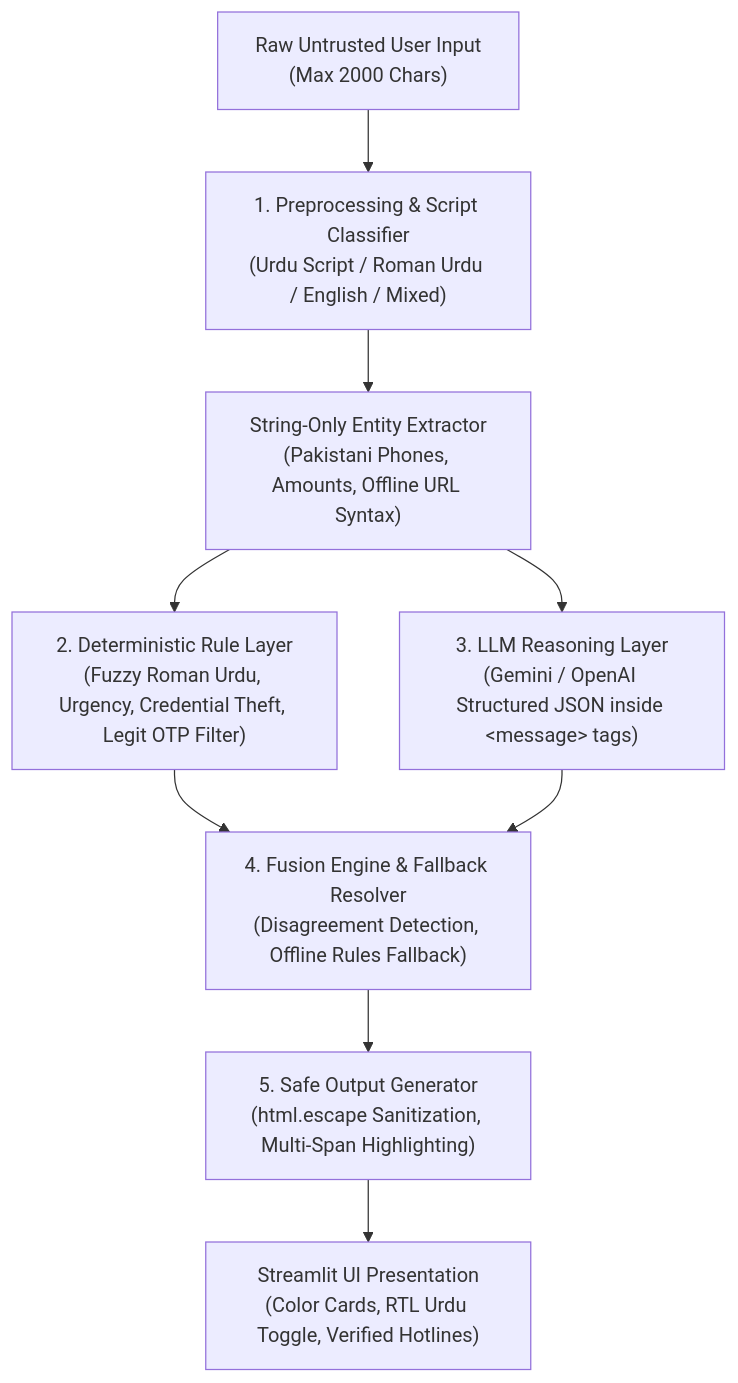
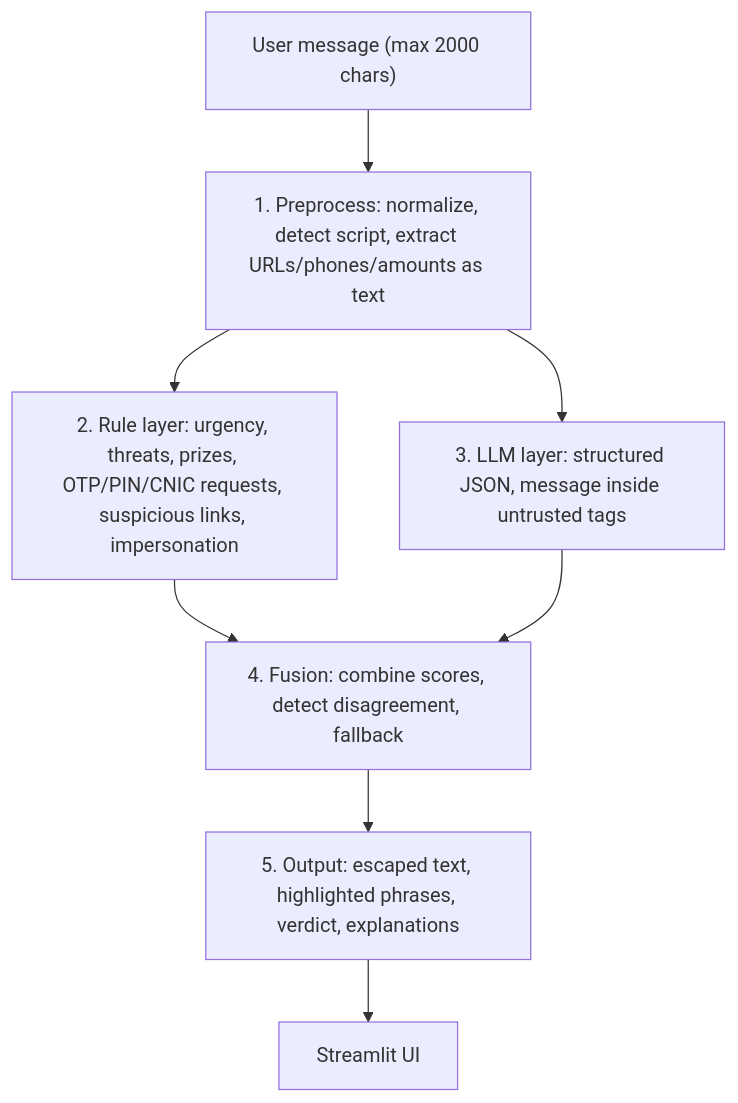
Before and after one commit to mubasiranwar/Muhafiz-AI: the diagram in README.md, drawn with Mermaid. The commit also changed other lines of this file and 6 other files, not shown here.

````diff
--- a/README.md
+++ b/README.md
@@ -46,14 +73,10 @@
 ```mermaid
 flowchart TD
-    A["Raw Untrusted User Input<br>(Max 2000 Chars)"] --> B["1. Preprocessing & Script Classifier<br>(Urdu Script / Roman Urdu / English / Mixed)"]
-    B --> C["String-Only Entity Extractor<br>(Pakistani Phones, Amounts, Offline URL Syntax)"]
-    
-    C --> D["2. Deterministic Rule Layer<br>(Fuzzy Roman Urdu, Urgency, Credential Theft, Legit OTP Filter)"]
-    C --> E["3. LLM Reasoning Layer<br>(Gemini / OpenAI Structured JSON inside &lt;message&gt; tags)"]
-    
-    D --> F["4. Fusion Engine & Fallback Resolver<br>(Disagreement Detection, Offline Rules Fallback)"]
-    E --> F
-    
-    F --> G["5. Safe Output Generator<br>(html.escape Sanitization, Multi-Span Highlighting)"]
-    G --> H["Streamlit UI Presentation<br>(Color Cards, RTL Urdu Toggle, Verified Hotlines)"]
+    A["User message (max 2000 chars)"] --> B["1. Preprocess: normalize, detect script, extract URLs/phones/amounts as text"]
+    B --> C["2. Rule layer: urgency, threats, prizes, OTP/PIN/CNIC requests, suspicious links, impersonation"]
+    B --> D["3. LLM layer: structured JSON, message inside untrusted tags"]
+    C --> E["4. Fusion: combine scores, detect disagreement, fallback"]
+    D --> E
+    E --> F["5. Output: escaped text, highlighted phrases, verdict, explanations"]
+    F --> G["Streamlit UI"]
 ```
````
